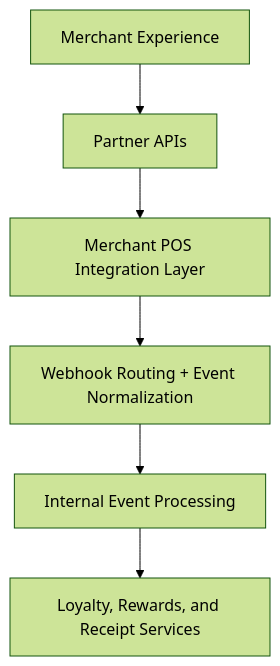
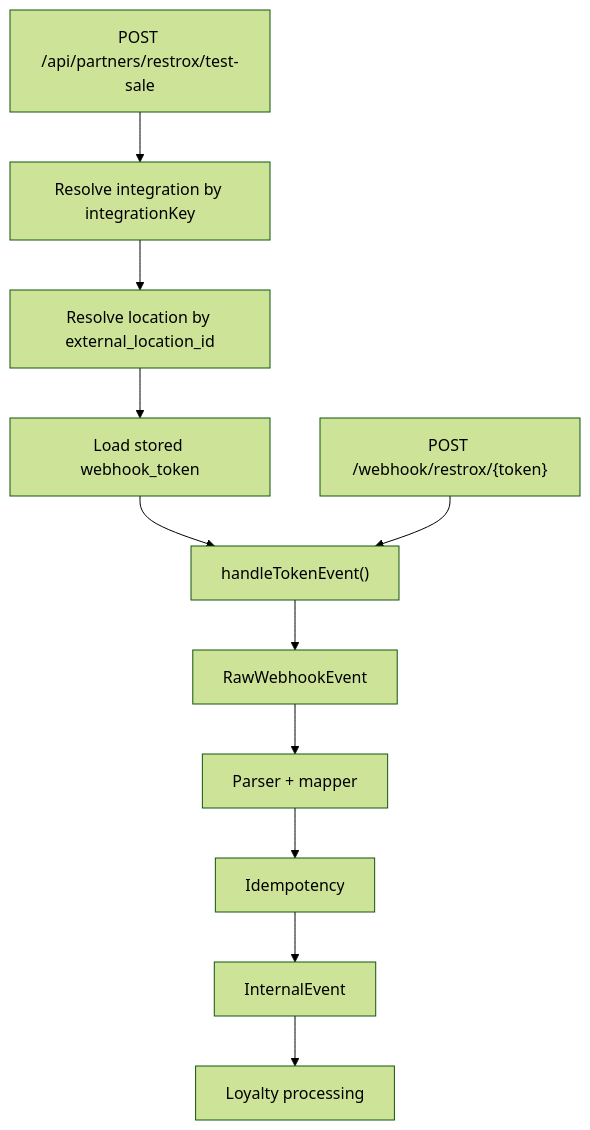
Before and after one commit to krischal07/docs: the second of 2 diagrams in integrations/restrox/native/architecture.mdx, drawn with Mermaid (forest theme). The commit also changed other lines of this file and 10 other files, not shown here.

````diff
--- a/integrations/restrox/native/architecture.mdx
+++ b/integrations/restrox/native/architecture.mdx
@@ -38,8 +38,15 @@
 ```mermaid
 flowchart TD
-  A["Merchant Experience"] --> B["Partner APIs"]
-  B --> C["Merchant POS Integration Layer"]
-  C --> D["Webhook Routing + Event Normalization"]
-  D --> E["Internal Event Processing"]
-  E --> F["Loyalty, Rewards, and Receipt Services"]
+  A["POST /api/partners/restrox/test-sale"] --> B["Resolve integration by integrationKey"]
+  B --> C["Resolve location by external_location_id"]
+  C --> D["Load stored webhook_token"]
+  D --> E["handleTokenEvent()"]
+
+  F["POST /webhook/restrox/{token}"] --> E
+
+  E --> G["RawWebhookEvent"]
+  G --> H["Parser + mapper"]
+  H --> I["Idempotency"]
+  I --> J["InternalEvent"]
+  J --> K["Loyalty processing"]
 ```
````
